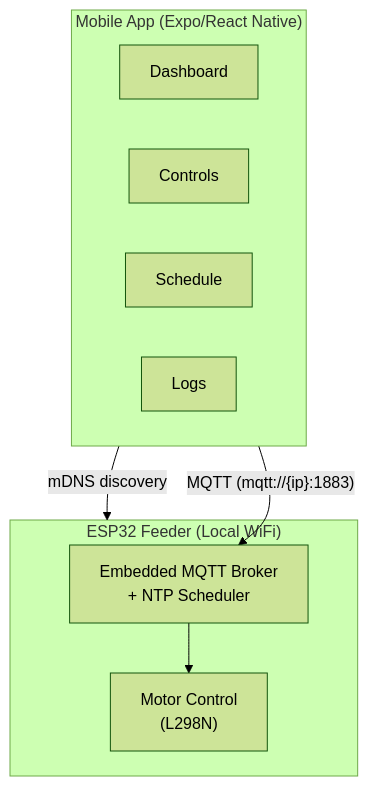
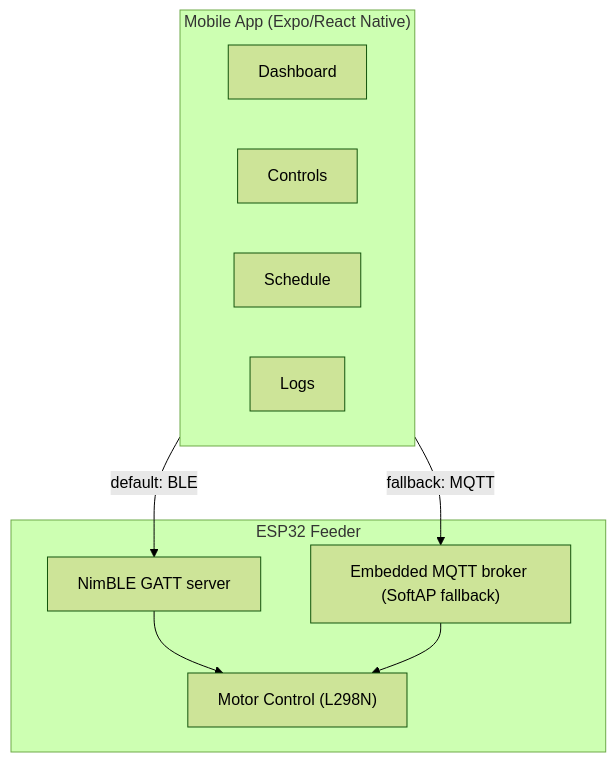
The diagram in README.md (Jezerwel/floyd-app), drawn with Mermaid (forest theme) before and after one commit. The commit also changed other lines of this file and 20 other files, not shown here.

First line of the commit message:
feat: implement BLE support and update app configuration for Floyd Feeder

````diff
--- a/README.md
+++ b/README.md
@@ -30,16 +33,18 @@
 ```mermaid
 graph TB
     subgraph Mobile["Mobile App (Expo/React Native)"]
         Dashboard
         Controls
         Schedule
         Logs
     end
-    subgraph Hardware["ESP32 Feeder (Local WiFi)"]
-        BROKER["Embedded MQTT Broker<br/>+ NTP Scheduler"]
-        FW["Motor Control<br/>(L298N)"]
+    subgraph Hardware["ESP32 Feeder"]
+        BLE["NimBLE GATT server"]
+        BROKER["Embedded MQTT broker (SoftAP fallback)"]
+        FW["Motor Control (L298N)"]
     end
-    Mobile -- mDNS discovery --> Hardware
-    Mobile -- MQTT (mqtt://{ip}:1883) --> BROKER
+    Mobile -- "default: BLE" --> BLE
+    Mobile -- "fallback: MQTT" --> BROKER
+    BLE --> FW
     BROKER --> FW
 ```
````
